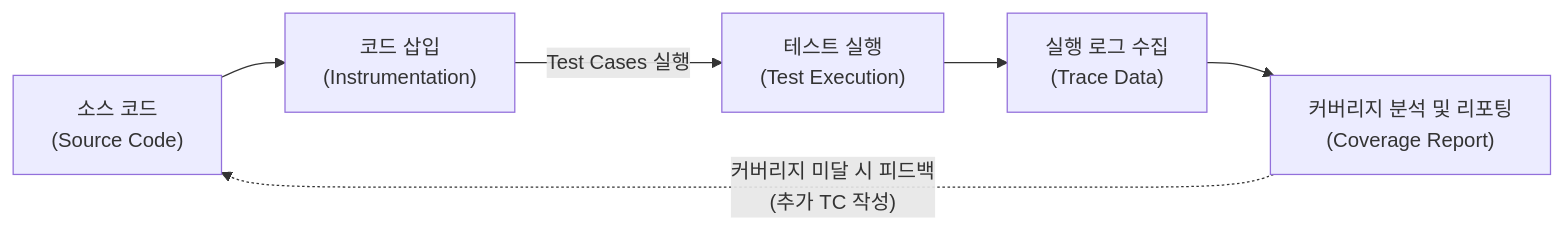
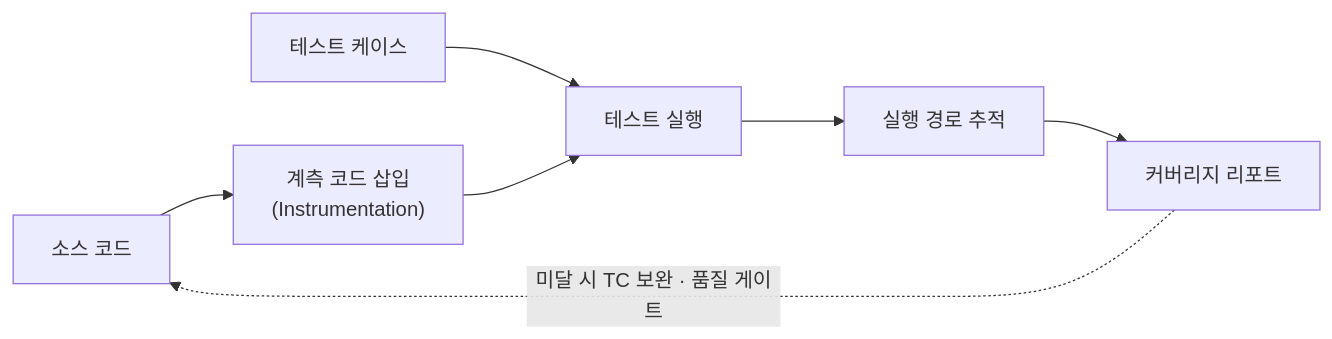
Before and after one commit to supremethumb/supremethumb.github.io: the diagram in content/01_IT Tech/코드 커버리지.md, drawn with Mermaid. The commit also changed other lines of this file and 1087 other files, not shown here.

````diff
--- a/content/01_IT Tech/코드 커버리지.md
+++ b/content/01_IT Tech/코드 커버리지.md
@@ -27,15 +46,7 @@
 ```mermaid
 flowchart LR
-    Source["소스 코드<br/>(Source Code)"]
-    Instrument["코드 삽입<br/>(Instrumentation)"]
-    TestExec["테스트 실행<br/>(Test Execution)"]
-    Log["실행 로그 수집<br/>(Trace Data)"]
-    Report["커버리지 분석 및 리포팅<br/>(Coverage Report)"]
-
-    Source --> Instrument
-    Instrument -->|Test Cases 실행| TestExec
-    TestExec --> Log
-    Log --> Report
-    Report -.->|"커버리지 미달 시 피드백<br/>(추가 TC 작성)"| Source
-
+    Src["소스 코드"] --> Inst["계측 코드 삽입<br/>(Instrumentation)"]
+    TC["테스트 케이스"] --> Exec
+    Inst --> Exec["테스트 실행"] --> Trace["실행 경로 추적"] --> Report["커버리지 리포트"]
+    Report -.->|"미달 시 TC 보완 · 품질 게이트"| Src
 ```
````
